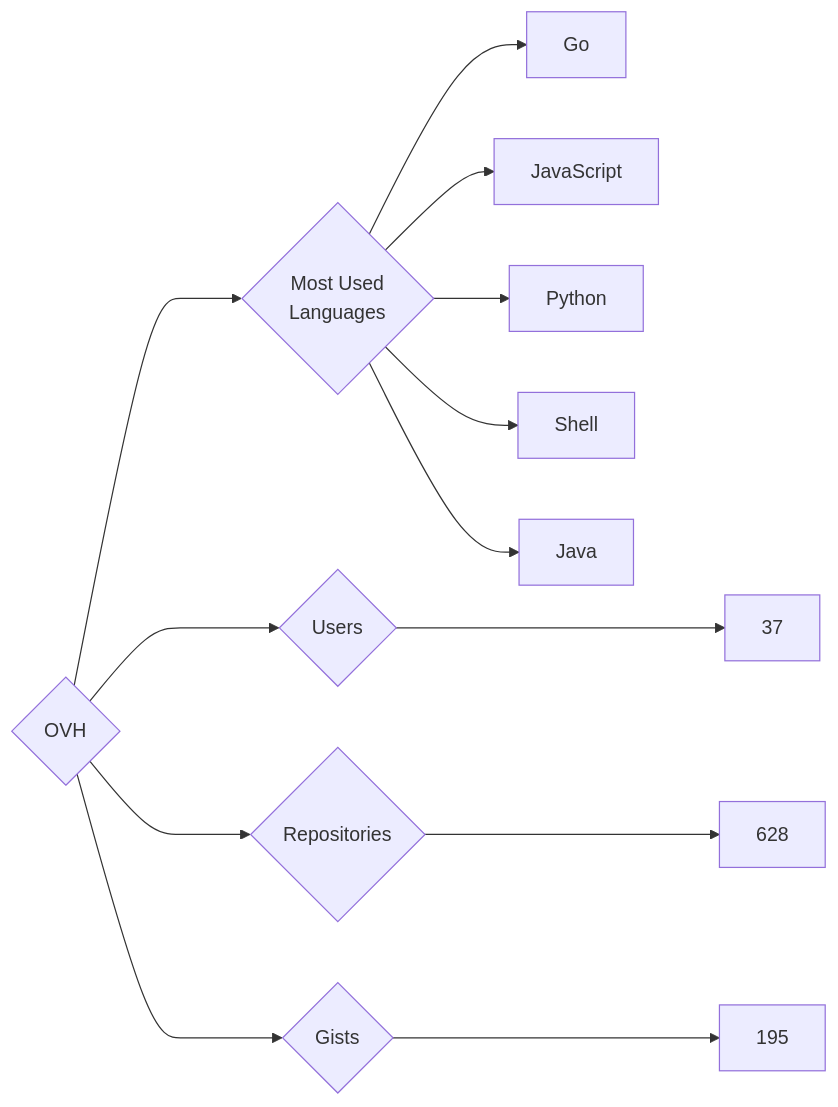
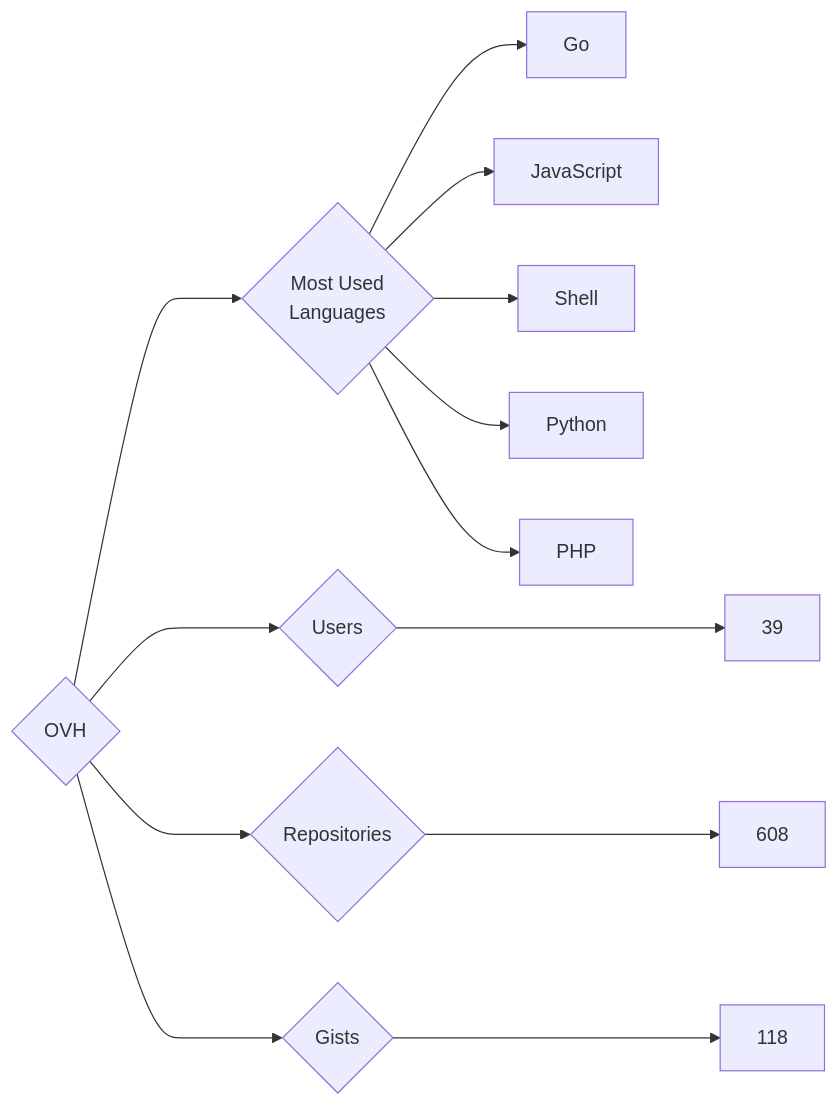
One commit to trickest/insiders changed the diagram in targets/OVH/README.md. Above: the diagram before and after it, drawn with Mermaid. The commit also changed 955 other files, not shown here.

````diff
--- a/targets/OVH/README.md
+++ b/targets/OVH/README.md
@@ -3,13 +3,13 @@
 ```mermaid
 graph LR
 COMPANY_NAME{OVH}
-COMPANY_NAME ---> U{Users} ---> UN[37]
-COMPANY_NAME ---> R{Repositories} ---> RN[628]
-COMPANY_NAME ---> G{Gists} ---> GN[195]
+COMPANY_NAME ---> U{Users} ---> UN[39]
+COMPANY_NAME ---> R{Repositories} ---> RN[608]
+COMPANY_NAME ---> G{Gists} ---> GN[118]
 COMPANY_NAME ---> ML{Most Used<br>Languages}
 ML --> Go[Go]
 ML --> JavaScript[JavaScript]
+ML --> Shell[Shell]
 ML --> Python[Python]
-ML --> Shell[Shell]
-ML --> Java[Java]
+ML --> PHP[PHP]
 ```
````
